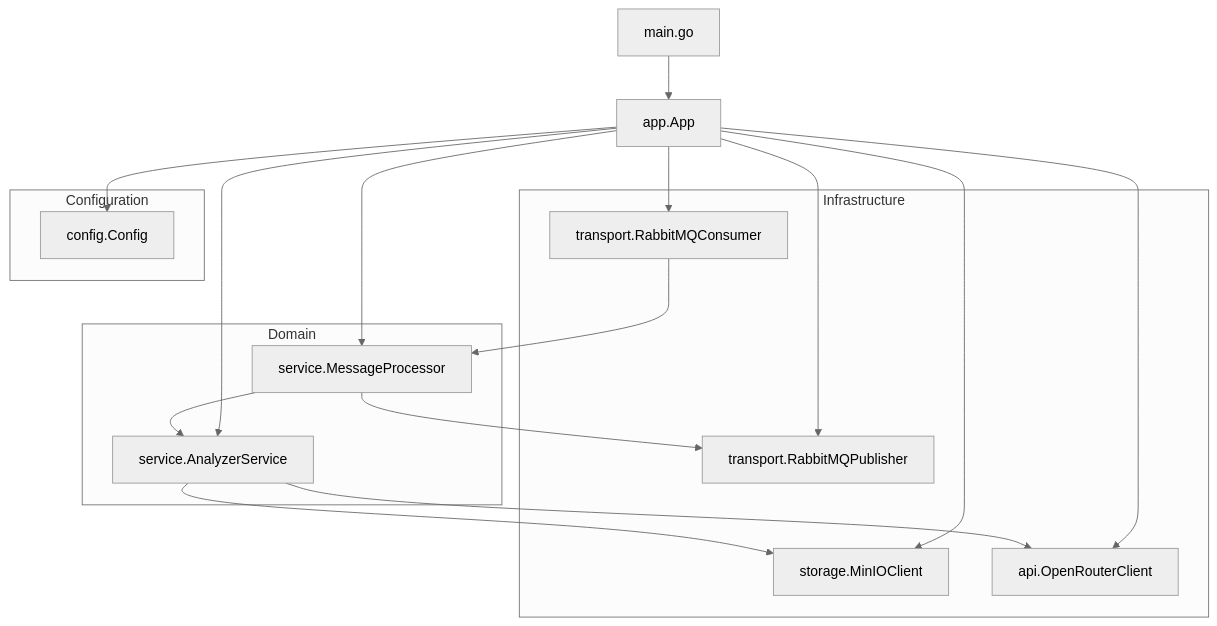
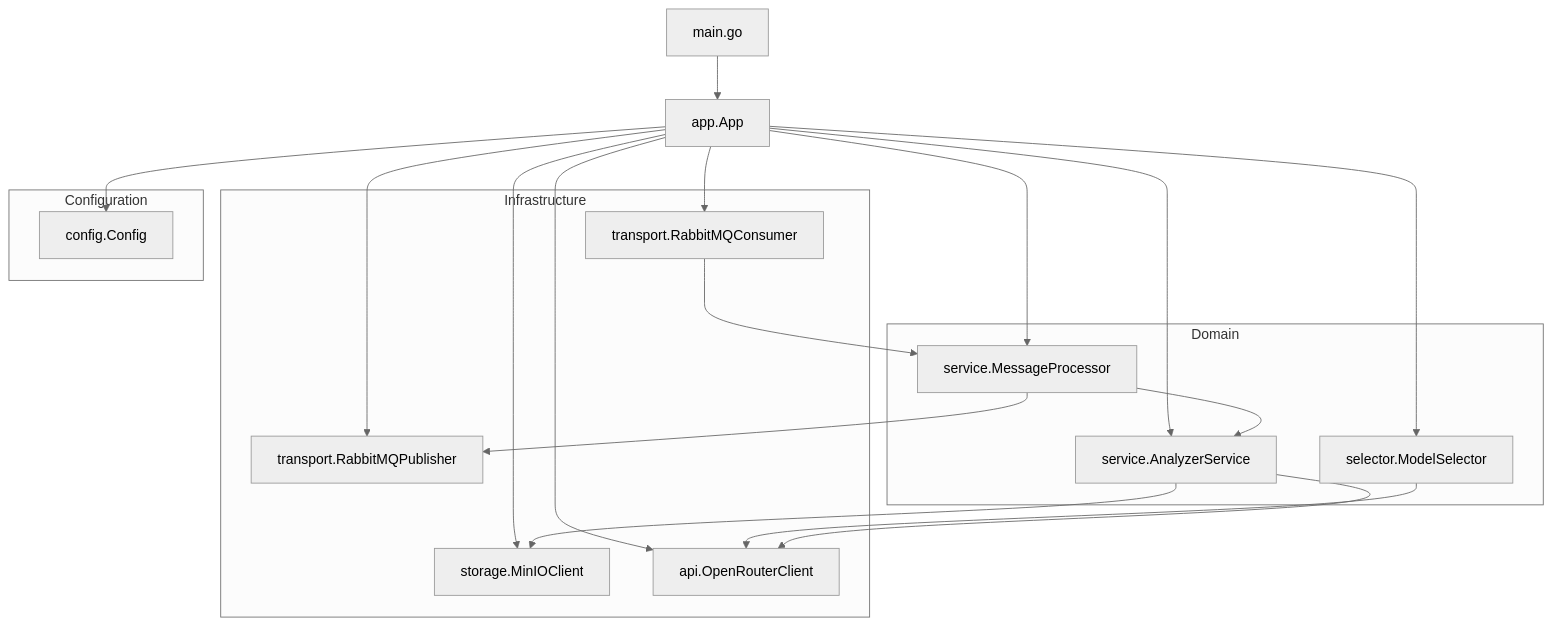
Before and after one commit to shabohin/photo-tags: the first of 2 diagrams in docs/analyzer_service.md, drawn with Mermaid (neutral theme). The commit also changed other lines of this file and 3 other files, not shown here.

First line of the commit message:
docs: update documentation for OpenRouter integration and Model Selector

````diff
--- a/docs/analyzer_service.md
+++ b/docs/analyzer_service.md
@@ -45,33 +56,36 @@
 ```mermaid
 graph TD
     A[main.go] --> B[app.App]
     B --> C[config.Config]
     B --> D[transport.RabbitMQConsumer]
     B --> E[transport.RabbitMQPublisher]
     B --> F[storage.MinIOClient]
     B --> G[api.OpenRouterClient]
     B --> H[service.AnalyzerService]
     B --> I[service.MessageProcessor]
+    B --> J[selector.ModelSelector]
 
+    J --> G
     D --> I
     I --> H
     H --> F
     H --> G
     I --> E
 
     subgraph Domain
         H
         I
+        J
     end
 
     subgraph Infrastructure
         D
         E
         F
         G
     end
 
     subgraph Configuration
         C
     end
 ```
````
